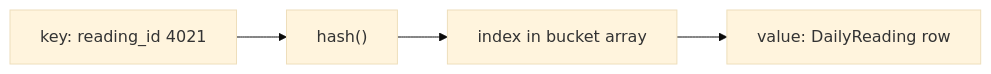
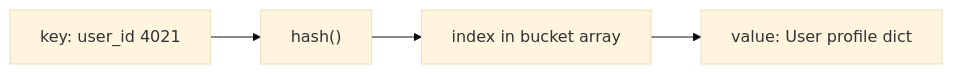
Before and after one commit to qgjones9/python-programming-guide: the first of 6 diagrams in docs/dsa/data-structures/hash-table/index.md, drawn with Mermaid (base theme). The commit also changed other lines of this file and 31 other files, not shown here.

````diff
--- a/docs/dsa/data-structures/hash-table/index.md
+++ b/docs/dsa/data-structures/hash-table/index.md
@@ -29,6 +29,6 @@
 ```mermaid
 flowchart LR
-  K["key: reading_id 4021"] --> H["hash()"]
-  H --> I["index in bucket array"]
-  I --> V["value: DailyReading row"]
+ K["key: user_id 4021"] --> H["hash()"]
+ H --> I["index in bucket array"]
+ I --> V["value: User profile dict"]
 ```
````
